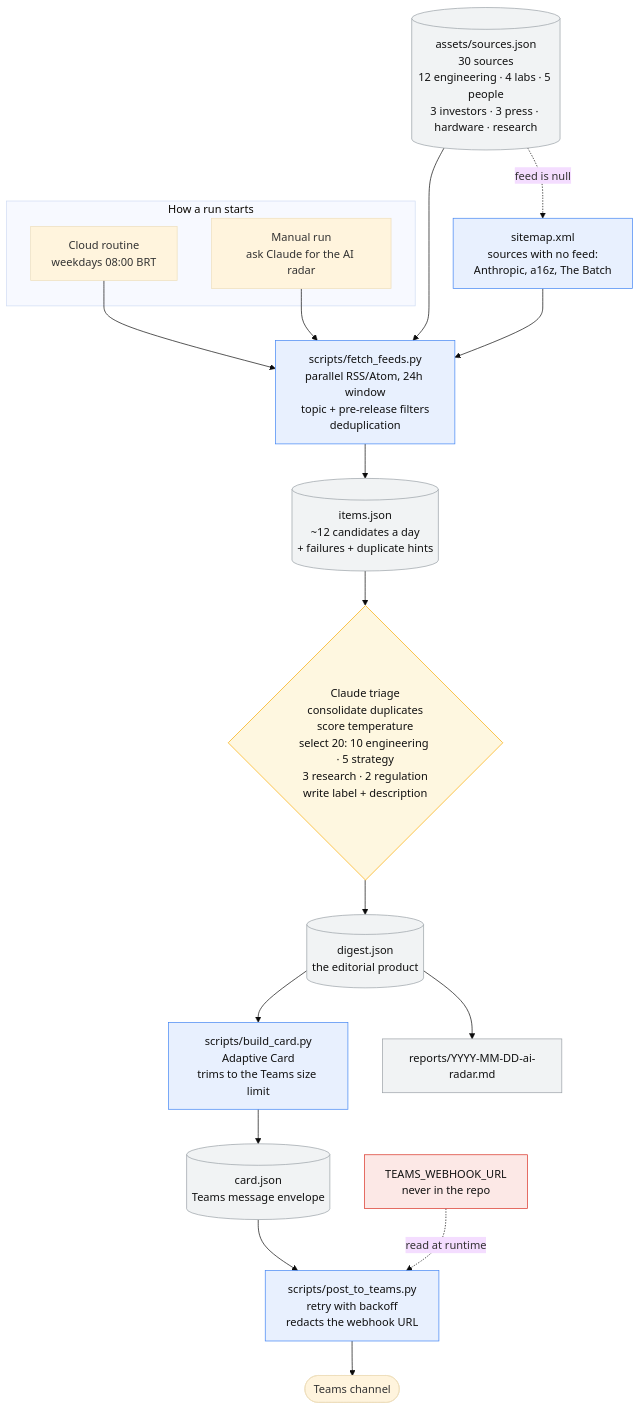
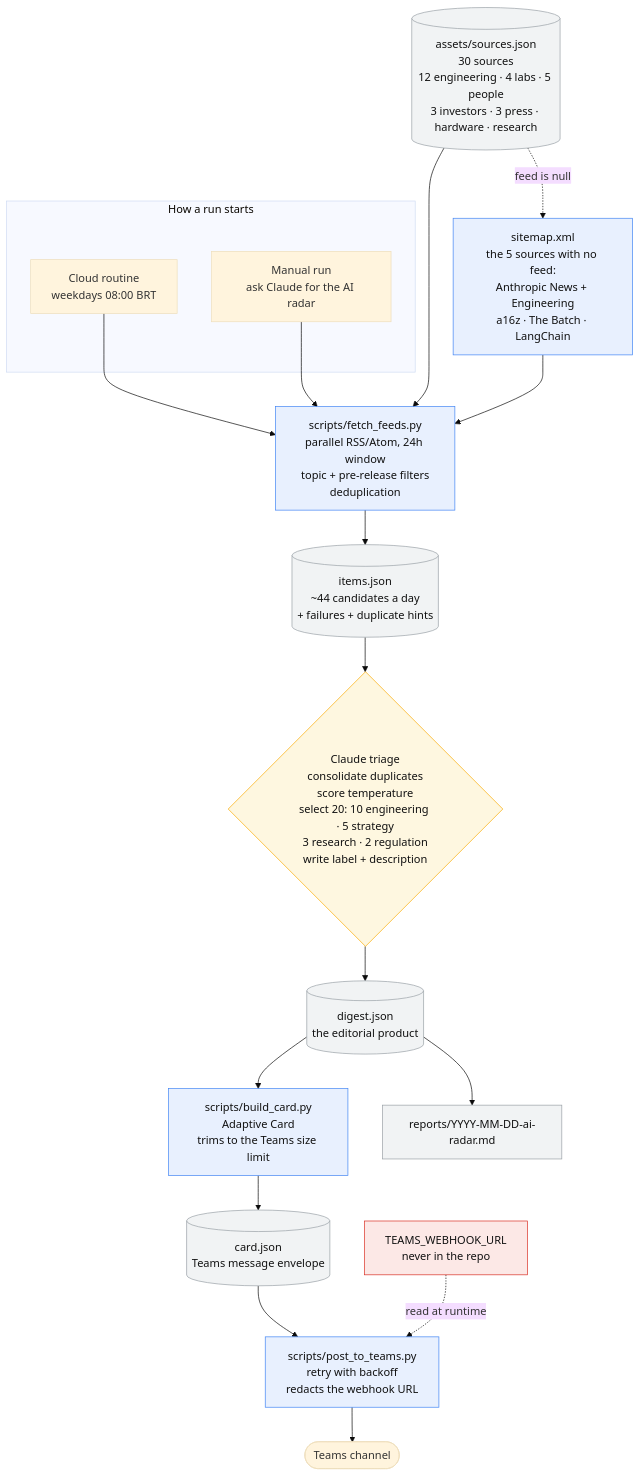
The diagram in README.md (werner-denzin/claude-labs), drawn with Mermaid (base theme) before and after one commit. The commit also changed 2 other files, not shown here.

First paragraph of the commit message:
docs: fix four references left behind by the 30-source, 20-card catalog
One of them would have broken a source in production.

````diff
--- a/README.md
+++ b/README.md
@@ -109,48 +109,48 @@
 ```mermaid
 flowchart TD
     subgraph triggers["How a run starts"]
         ROUTINE["Cloud routine<br>weekdays 08:00 BRT"]
         MANUAL["Manual run<br>ask Claude for the AI radar"]
     end
 
     CATALOG[("assets/sources.json<br>30 sources<br>12 engineering · 4 labs · 5 people<br>3 investors · 3 press · hardware · research")]
     FETCH["scripts/fetch_feeds.py<br>parallel RSS/Atom, 24h window<br>topic + pre-release filters<br>deduplication"]
-    ITEMS[("items.json<br>~12 candidates a day<br>+ failures + duplicate hints")]
-    SITEMAP["sitemap.xml<br>sources with no feed:<br>Anthropic, a16z, The Batch"]
+    ITEMS[("items.json<br>~44 candidates a day<br>+ failures + duplicate hints")]
+    SITEMAP["sitemap.xml<br>the 5 sources with no feed:<br>Anthropic News + Engineering<br>a16z · The Batch · LangChain"]
 
     TRIAGE{"Claude triage<br>consolidate duplicates<br>score temperature<br>select 20: 10 engineering · 5 strategy<br>3 research · 2 regulation<br>write label + description"}
     DIGEST[("digest.json<br>the editorial product")]
 
     BUILD["scripts/build_card.py<br>Adaptive Card<br>trims to the Teams size limit"]
     CARD[("card.json<br>Teams message envelope")]
     POST["scripts/post_to_teams.py<br>retry with backoff<br>redacts the webhook URL"]
 
     TEAMS(["Teams channel"])
     ARCHIVE["reports/YYYY-MM-DD-ai-radar.md"]
     SECRET["TEAMS_WEBHOOK_URL<br>never in the repo"]
 
     ROUTINE --> FETCH
     MANUAL --> FETCH
     CATALOG --> FETCH
     FETCH --> ITEMS
     CATALOG -. "feed is null" .-> SITEMAP
     SITEMAP --> FETCH
     ITEMS --> TRIAGE
     TRIAGE --> DIGEST
     DIGEST --> BUILD
     BUILD --> CARD
     CARD --> POST
     POST --> TEAMS
     DIGEST --> ARCHIVE
     SECRET -. read at runtime .-> POST
 
     classDef script fill:#e8f0fe,stroke:#4285f4,color:#111
     classDef data fill:#f1f3f4,stroke:#9aa0a6,color:#111
     classDef judgment fill:#fef7e0,stroke:#f9ab00,color:#111
     classDef secret fill:#fce8e6,stroke:#d93025,color:#111
     class FETCH,BUILD,POST script
     class CATALOG,ITEMS,DIGEST,CARD,ARCHIVE data
     class SITEMAP script
     class TRIAGE judgment
     class SECRET secret
 ```
````
